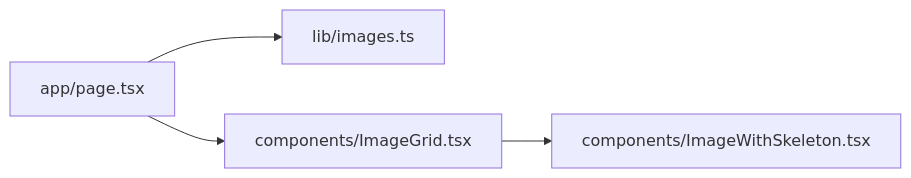
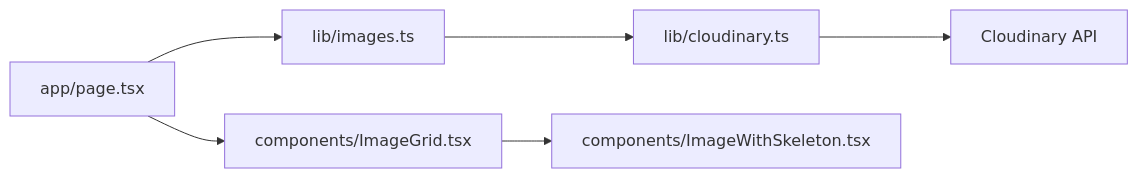
Before and after one commit to Black-box01/rhemaexpertsolutions: the fifth of 5 diagrams in .qoder/repowiki/en/content/Service Layer/Image Processing Service.md, drawn with Mermaid. The commit also changed other lines of this file and 37 other files, not shown here.

````diff
--- a/.qoder/repowiki/en/content/Service Layer/Image Processing Service.md
+++ b/.qoder/repowiki/en/content/Service Layer/Image Processing Service.md
@@ -245,6 +304,8 @@
 ```mermaid
 graph LR
 Page["app/page.tsx"] --> Images["lib/images.ts"]
+Images --> Cloudinary["lib/cloudinary.ts"]
+Cloudinary --> CloudinaryAPI["Cloudinary API"]
 Page --> ImageGrid["components/ImageGrid.tsx"]
 ImageGrid --> ImageWithSkeleton["components/ImageWithSkeleton.tsx"]
 ```
````
